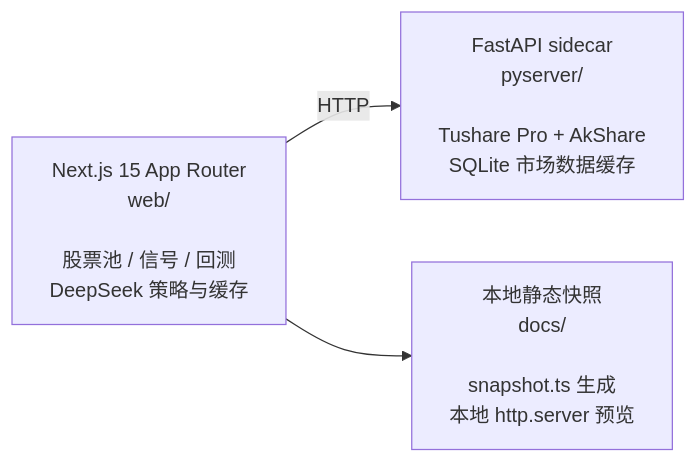
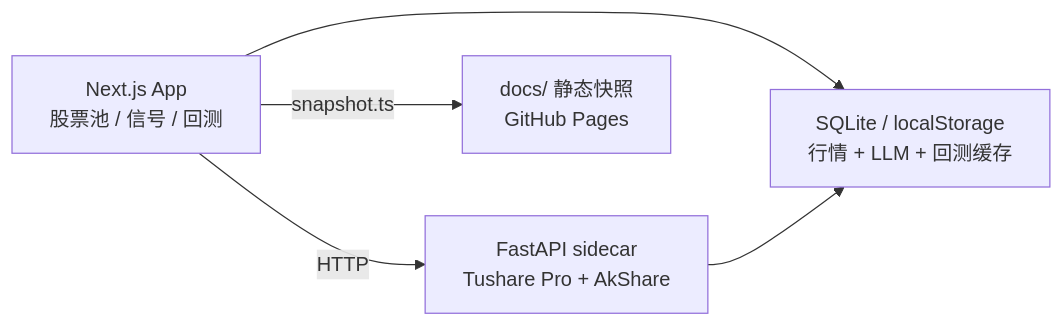
One commit to topkyo/ai-infra-research-template changed the diagram in README.md. Above: the diagram before and after it, drawn with Mermaid. The commit also changed other lines of this file and 30 other files, not shown here.

Commit message:
Refine LLM strategy dashboard and refresh snapshot

````diff
--- a/README.md
+++ b/README.md
@@ -27,9 +34,12 @@
 ```mermaid
 flowchart LR
-  web["Next.js 15 App Router<br/>web/<br/><br/>股票池 / 信号 / 回测<br/>DeepSeek 策略与缓存"]
-  py["FastAPI sidecar<br/>pyserver/<br/><br/>Tushare Pro + AkShare<br/>SQLite 市场数据缓存"]
-  docs["本地静态快照<br/>docs/<br/><br/>snapshot.ts 生成<br/>本地 http.server 预览"]
+  web["Next.js App<br/>股票池 / 信号 / 回测"]
+  py["FastAPI sidecar<br/>Tushare Pro + AkShare"]
+  cache["SQLite / localStorage<br/>行情 + LLM + 回测缓存"]
+  docs["docs/ 静态快照<br/>GitHub Pages"]
 
   web -- HTTP --> py
-  web --> docs
+  web --> cache
+  py --> cache
+  web -- snapshot.ts --> docs
 ```
````
